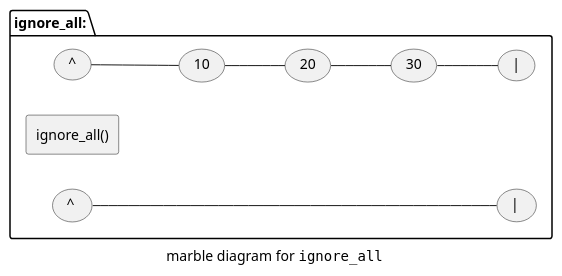
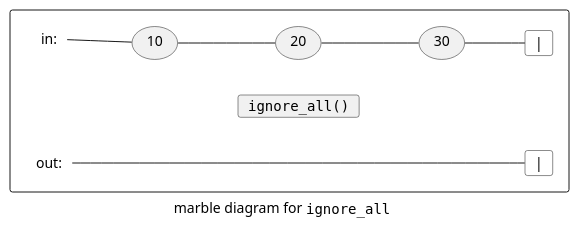
One commit to kirkshoop/sequence-next changed the tenth of 16 diagrams in sequences.md. Above: the diagram before and after it, drawn with PlantUML. The commit also changed other lines of this file, not shown here.

````diff
--- a/sequences.md
+++ b/sequences.md
@@ -523,12 +569,21 @@
 ```plantuml
 caption marble diagram for ""ignore_all""
 left to right direction
-package ignore_all: {
-(^) -- (10)
-(10) -- (20)
-(20) -- (30)
-(30) -- (|)
-rectangle ""ignore_all()""
-(^ ) ----- (| )
+rectangle {
+card iS as "in:" #transparent;line:transparent 
+usecase i10 as "10"
+usecase i20 as "20"
+usecase i30 as "30"
+card iE as "|" #transparent
+iS -- i10
+i10 -- i20
+i20 -- i30
+i30 -- iE
+usecase anc as " " #transparent;line:transparent
+card fn as """ignore_all()""" 
+anc -[hidden]-- fn
+card oS as "out:" #transparent;line:transparent
+card oE as "|" #transparent
+oS ----- oE
 }
 ```
````
